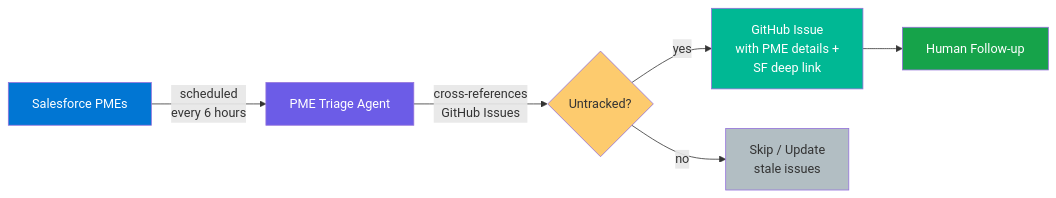
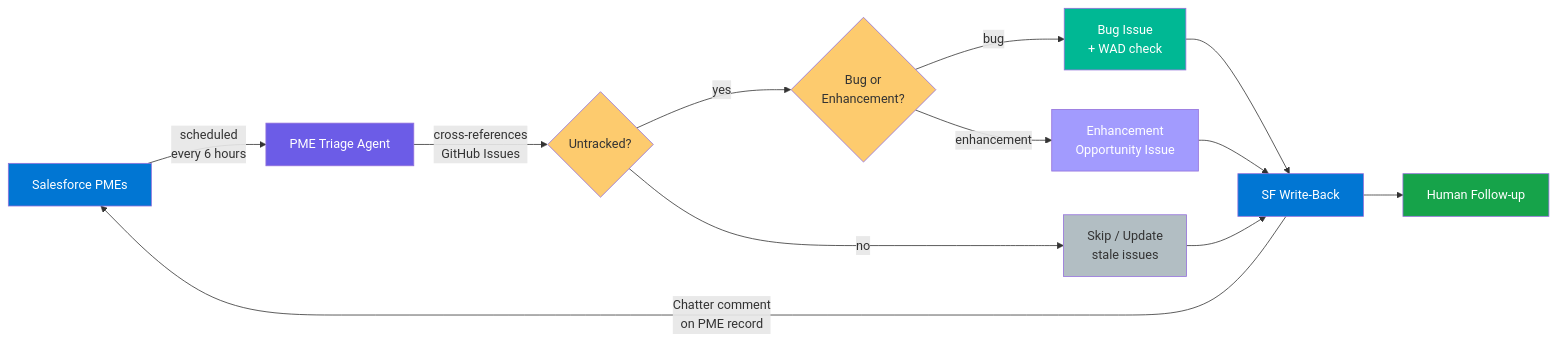
Before and after one commit to mohith-e/gh-aw-trial: the diagram in docs/workflows/pme-triage.md, drawn with Mermaid. The commit also changed other lines of this file, not shown here.

First line of the commit message:
docs: update pme-triage docs for v2 enhancements

````diff
--- a/docs/workflows/pme-triage.md
+++ b/docs/workflows/pme-triage.md
@@ -7,15 +7,24 @@
 ```mermaid
 flowchart LR
     SF["Salesforce PMEs"] -->|"scheduled<br/>every 6 hours"| PT["PME Triage Agent"]
     PT -->|"cross-references<br/>GitHub Issues"| D{"Untracked?"}
-    D -->|"yes"| I["GitHub Issue<br/>with PME details +<br/>SF deep link"]
+    D -->|"yes"| CL{"Bug or<br/>Enhancement?"}
+    CL -->|"bug"| I["Bug Issue<br/>+ WAD check"]
+    CL -->|"enhancement"| E["Enhancement<br/>Opportunity Issue"]
     D -->|"no"| S["Skip / Update<br/>stale issues"]
-    I --> H["Human Follow-up"]
+    I --> WB["SF Write-Back"]
+    E --> WB
+    S --> WB
+    WB -->|"Chatter comment<br/>on PME record"| SF
+    WB --> H["Human Follow-up"]
 
     style SF fill:#0176d3,color:#fff
     style PT fill:#6c5ce7,color:#fff
     style D fill:#fdcb6e,color:#333
+    style CL fill:#fdcb6e,color:#333
     style I fill:#00b894,color:#fff
+    style E fill:#a29bfe,color:#fff
     style S fill:#b2bec3,color:#333
+    style WB fill:#0176d3,color:#fff
     style H fill:#16a34a,color:#fff
 ```
````
